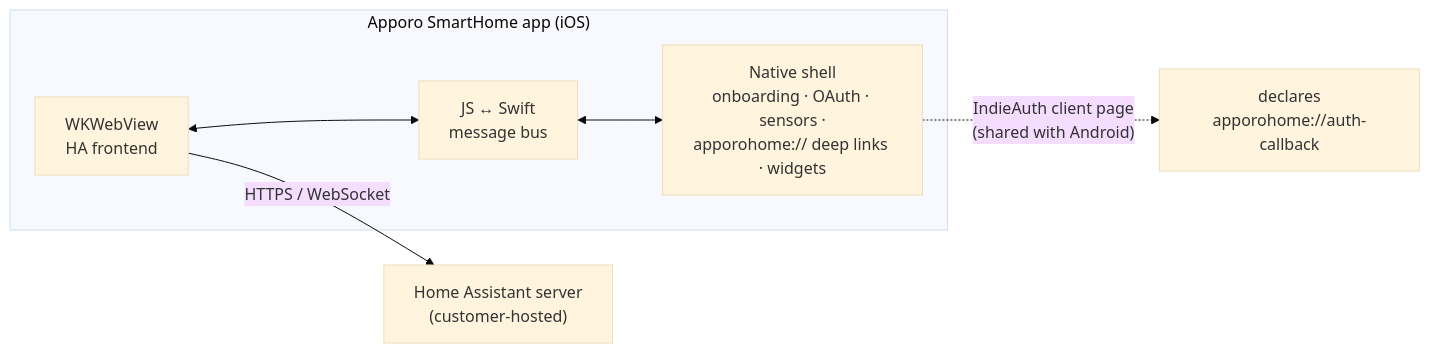
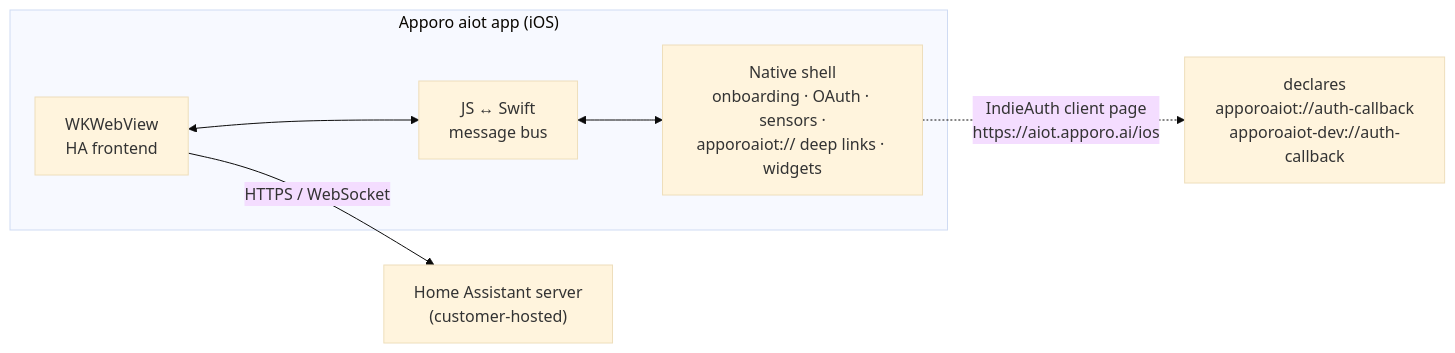
The diagram in README.md (WOOWTECH/Woow_apporo_ha_ios), drawn with Mermaid (base theme) before and after one commit. The commit also changed other lines of this file and 184 other files, not shown here.

````diff
--- a/README.md
+++ b/README.md
@@ -52,8 +52,8 @@
 ```mermaid
 flowchart LR
-    subgraph iPhone["Apporo SmartHome app (iOS)"]
-        WV["WKWebView<br/>HA frontend"] <--> BUS["JS ↔ Swift<br/>message bus"] <--> N["Native shell<br/>onboarding · OAuth · sensors ·<br/>apporohome:// deep links · widgets"]
+    subgraph iPhone["Apporo aiot app (iOS)"]
+        WV["WKWebView<br/>HA frontend"] <--> BUS["JS ↔ Swift<br/>message bus"] <--> N["Native shell<br/>onboarding · OAuth · sensors ·<br/>apporoaiot:// deep links · widgets"]
     end
     WV -- "HTTPS / WebSocket" --> HA["Home Assistant server<br/>(customer-hosted)"]
-    N -.->|"IndieAuth client page<br/>(shared with Android)"| PAGE["declares<br/>apporohome://auth-callback"]
+    N -.->|"IndieAuth client page<br/>https://aiot.apporo.ai/ios"| PAGE["declares<br/>apporoaiot://auth-callback<br/>apporoaiot-dev://auth-callback"]
 ```
````
